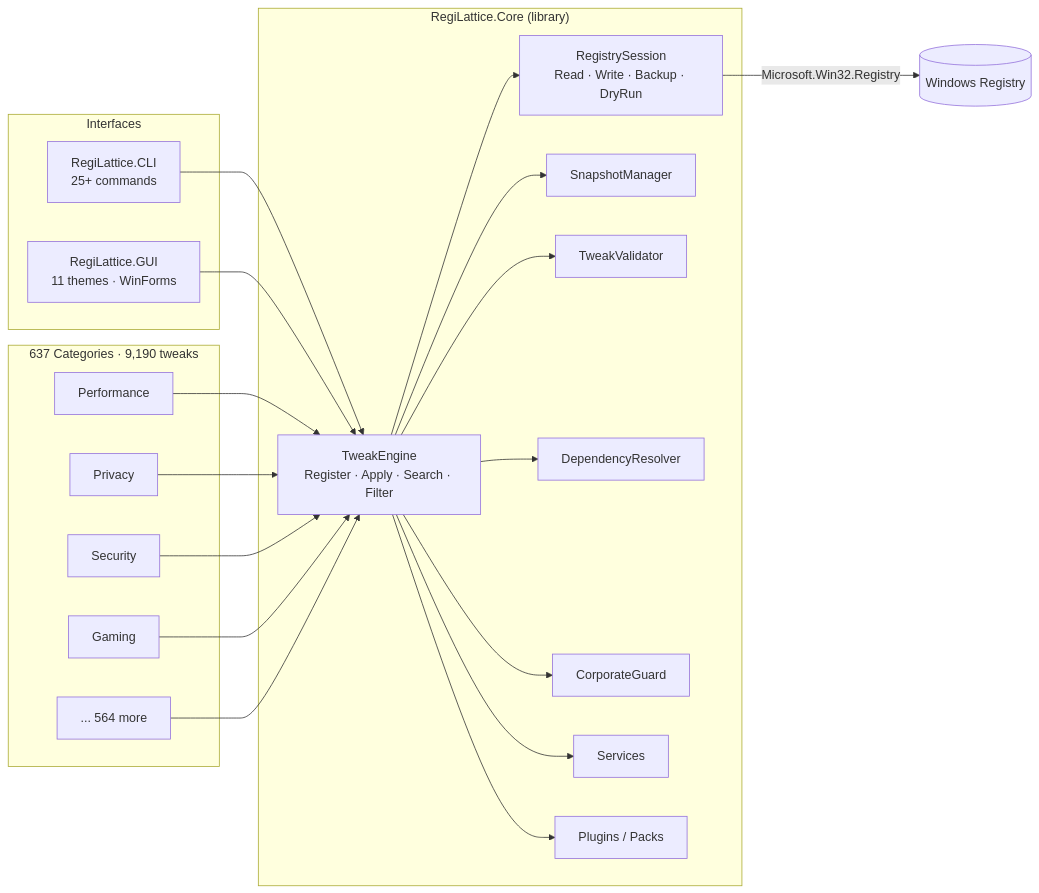
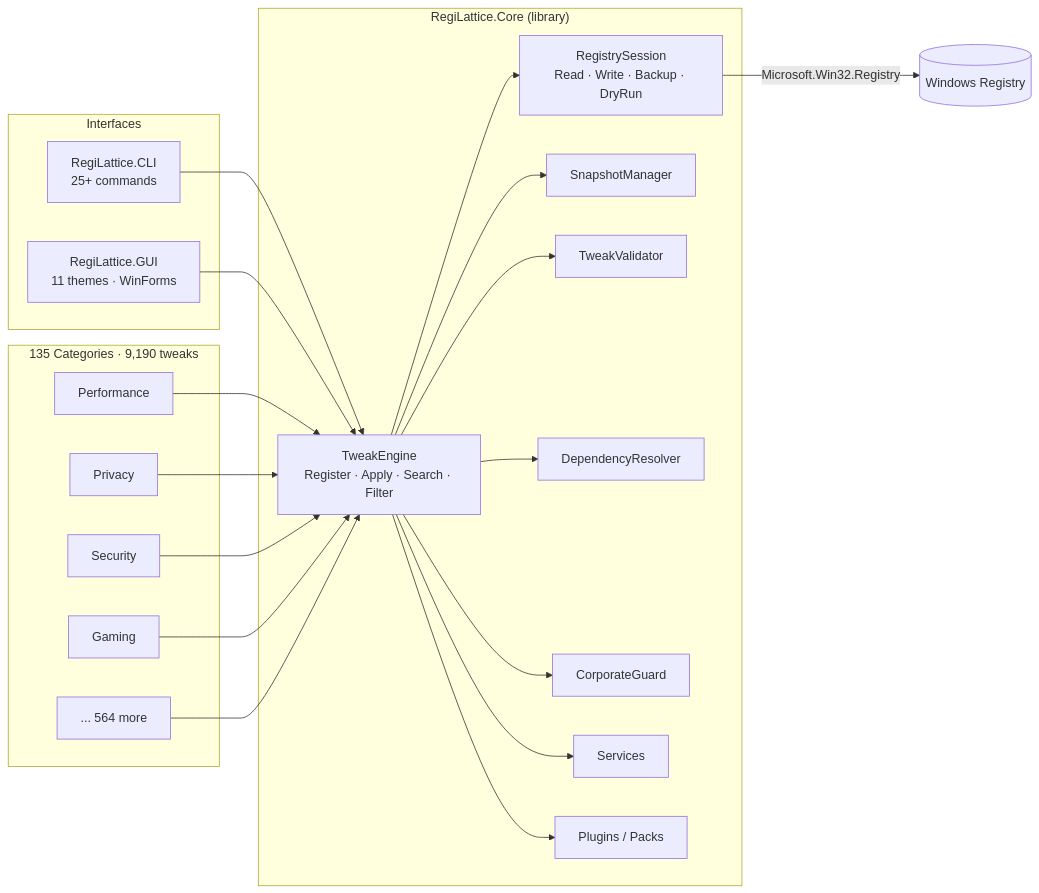
The first of 2 diagrams in README.md (RajwanYair/RegiLattice), drawn with Mermaid before and after one commit. The commit also changed other lines of this file and 592 other files, not shown here.

````diff
--- a/README.md
+++ b/README.md
@@ -88,38 +88,38 @@
 ```mermaid
 graph LR
     subgraph Interfaces
         CLI[RegiLattice.CLI<br/>25+ commands]
         GUI[RegiLattice.GUI<br/>11 themes · WinForms]
     end
 
     subgraph Core["RegiLattice.Core (library)"]
         TE[TweakEngine<br/>Register · Apply · Search · Filter]
         RS[RegistrySession<br/>Read · Write · Backup · DryRun]
         SM[SnapshotManager]
         TV[TweakValidator]
         DR[DependencyResolver]
         CG[CorporateGuard]
         SV[Services]
         PM[Plugins / Packs]
     end
 
-    subgraph Tweaks["637 Categories · 9,190 tweaks"]
+    subgraph Tweaks["135 Categories · 9,190 tweaks"]
         T1[Performance]
         T2[Privacy]
         T3[Security]
         T4[Gaming]
         TN[... 564 more]
     end
 
     CLI --> TE
     GUI --> TE
     TE --> RS
     TE --> SM
     TE --> TV
     TE --> DR
     TE --> CG
     TE --> SV
     TE --> PM
     T1 & T2 & T3 & T4 & TN --> TE
     RS -->|Microsoft.Win32.Registry| WR[(Windows Registry)]
 ```
````
